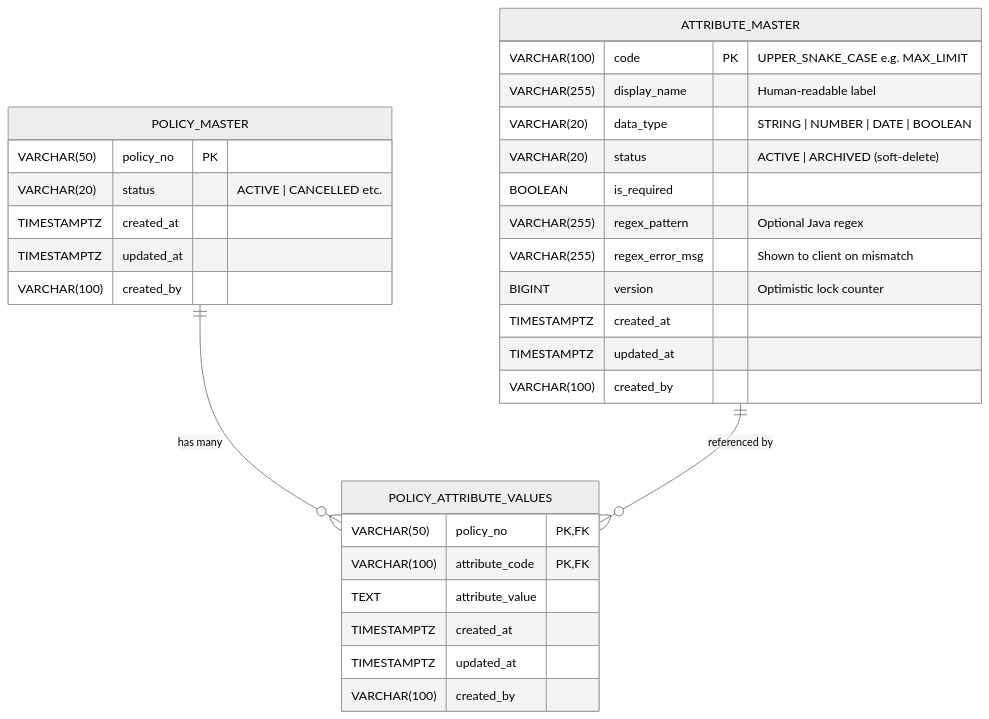
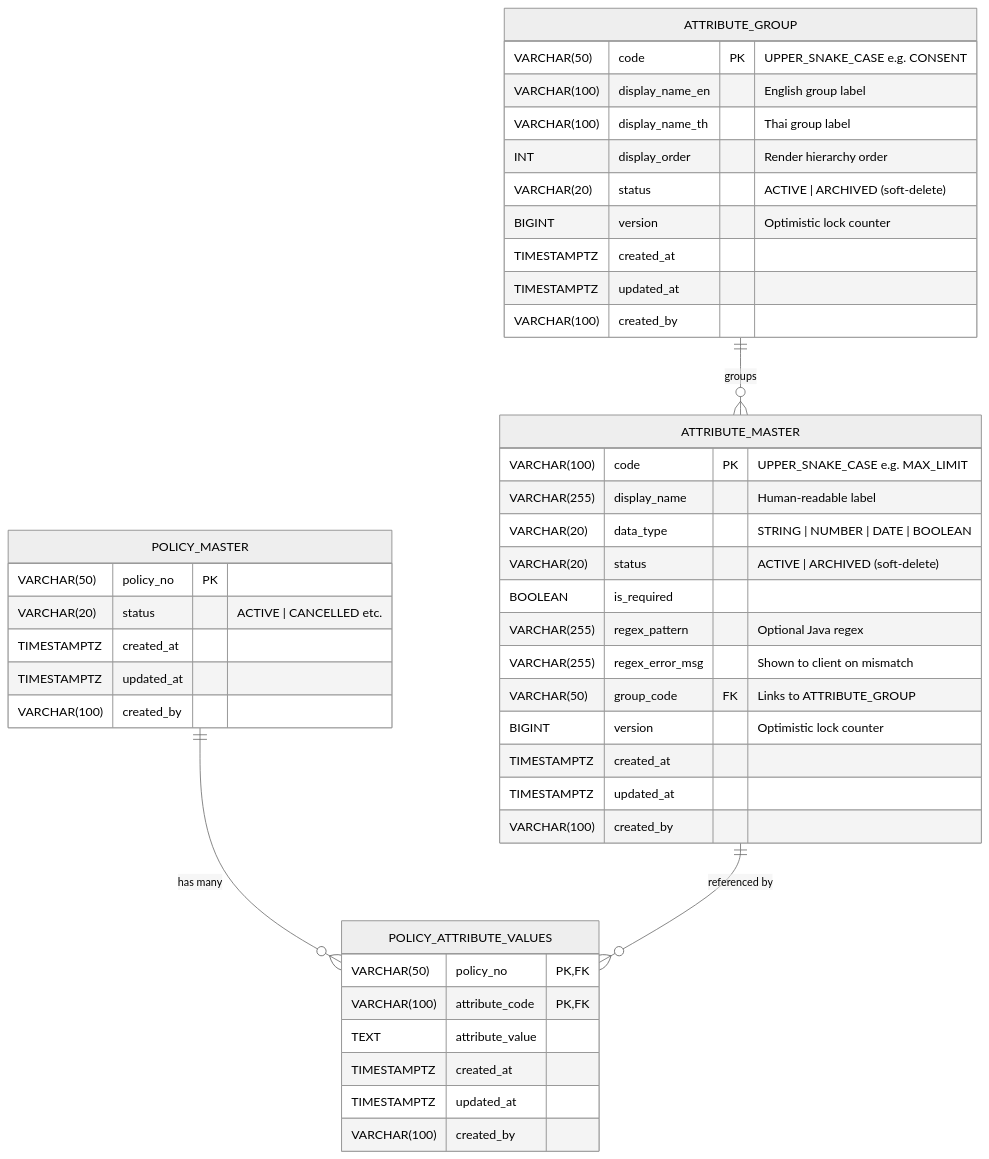
One commit to Kullapan/policy-attibute changed the first of 2 diagrams in README.md. Above: the diagram before and after it, drawn with Mermaid (neutral theme). The commit also changed other lines of this file and 27 other files, not shown here.

````diff
--- a/README.md
+++ b/README.md
@@ -103,37 +104,51 @@
 ```mermaid
 erDiagram
+
+    ATTRIBUTE_GROUP {
+        VARCHAR(50)     code            PK  "UPPER_SNAKE_CASE e.g. CONSENT"
+        VARCHAR(100)    display_name_en     "English group label"
+        VARCHAR(100)    display_name_th     "Thai group label"
+        INT             display_order       "Render hierarchy order"
+        VARCHAR(20)     status              "ACTIVE | ARCHIVED (soft-delete)"
+        BIGINT          version             "Optimistic lock counter"
+        TIMESTAMPTZ     created_at
+        TIMESTAMPTZ     updated_at
+        VARCHAR(100)    created_by
+    }
 
     ATTRIBUTE_MASTER {
         VARCHAR(100)    code            PK  "UPPER_SNAKE_CASE e.g. MAX_LIMIT"
         VARCHAR(255)    display_name        "Human-readable label"
         VARCHAR(20)     data_type           "STRING | NUMBER | DATE | BOOLEAN"
         VARCHAR(20)     status              "ACTIVE | ARCHIVED (soft-delete)"
         BOOLEAN         is_required
         VARCHAR(255)    regex_pattern       "Optional Java regex"
         VARCHAR(255)    regex_error_msg     "Shown to client on mismatch"
+        VARCHAR(50)     group_code      FK  "Links to ATTRIBUTE_GROUP"
         BIGINT          version             "Optimistic lock counter"
         TIMESTAMPTZ     created_at
         TIMESTAMPTZ     updated_at
         VARCHAR(100)    created_by
     }
 
     POLICY_MASTER {
         VARCHAR(50)     policy_no       PK
         VARCHAR(20)     status              "ACTIVE | CANCELLED etc."
         TIMESTAMPTZ     created_at
         TIMESTAMPTZ     updated_at
         VARCHAR(100)    created_by
     }
 
     POLICY_ATTRIBUTE_VALUES {
         VARCHAR(50)     policy_no       PK,FK
         VARCHAR(100)    attribute_code  PK,FK
         TEXT            attribute_value
         TIMESTAMPTZ     created_at
         TIMESTAMPTZ     updated_at
         VARCHAR(100)    created_by
     }
 
     POLICY_MASTER       ||--o{ POLICY_ATTRIBUTE_VALUES : "has many"
     ATTRIBUTE_MASTER    ||--o{ POLICY_ATTRIBUTE_VALUES : "referenced by"
+    ATTRIBUTE_GROUP     ||--o{ ATTRIBUTE_MASTER        : "groups"
 ```
````
